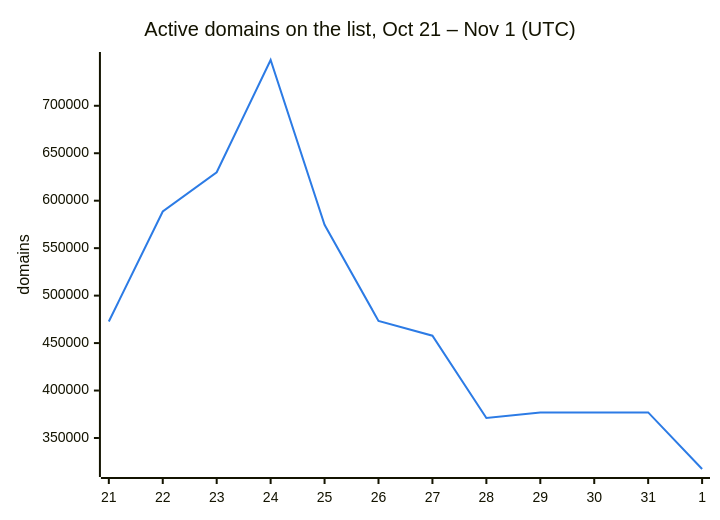
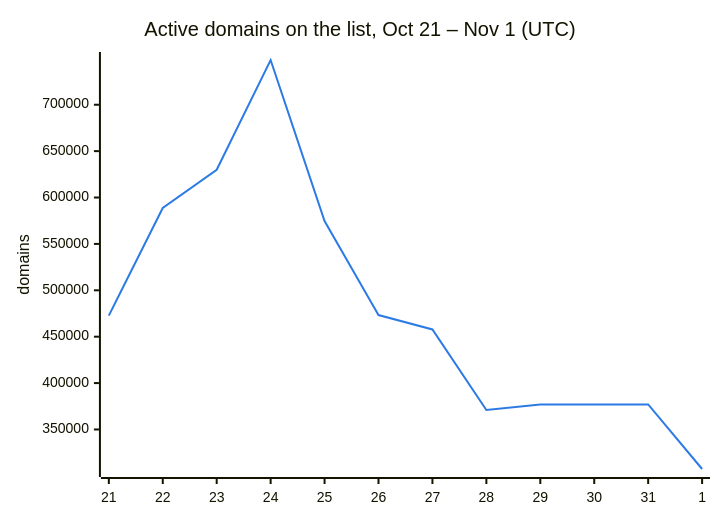
One commit to DNSBunker/CTI changed the second of 3 diagrams in README.md. Above: the diagram before and after it, drawn with Mermaid. The commit also changed other lines of this file and 3 other files, not shown here.

````diff
--- a/README.md
+++ b/README.md
@@ -38,8 +38,8 @@
 ```mermaid
 %%{init: {"themeVariables": {"xyChart": {"plotColorPalette": "#2c7be5"}}}}%%
 xychart-beta
     title "Active domains on the list, Oct 21 – Nov 1 (UTC)"
     x-axis ["21", "22", "23", "24", "25", "26", "27", "28", "29", "30", "31", "1"]
     y-axis "domains"
-    line [472713, 588659, 629951, 748222, 574614, 473331, 457795, 371010, 376945, 376945, 376945, 317346]
+    line [472713, 588659, 629951, 748222, 574614, 473331, 457795, 371010, 376945, 376945, 376945, 307397]
 ```
````
